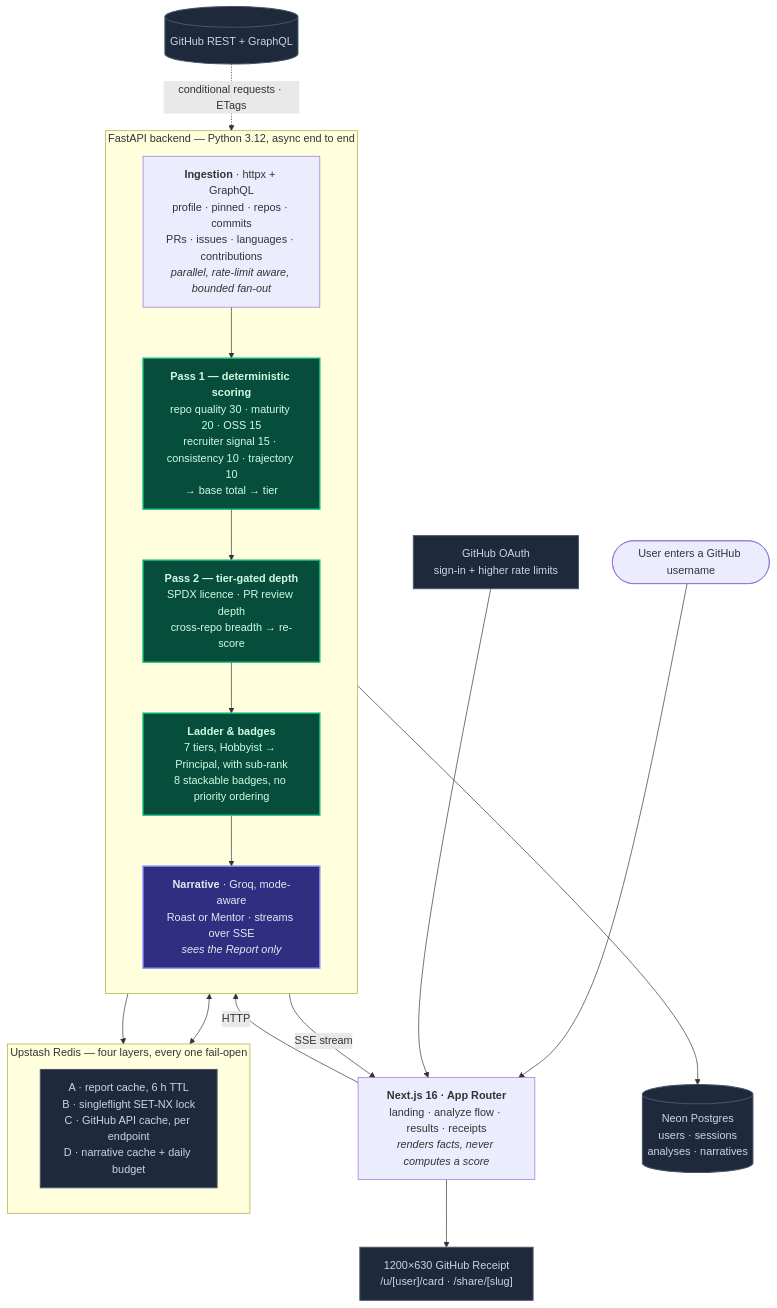
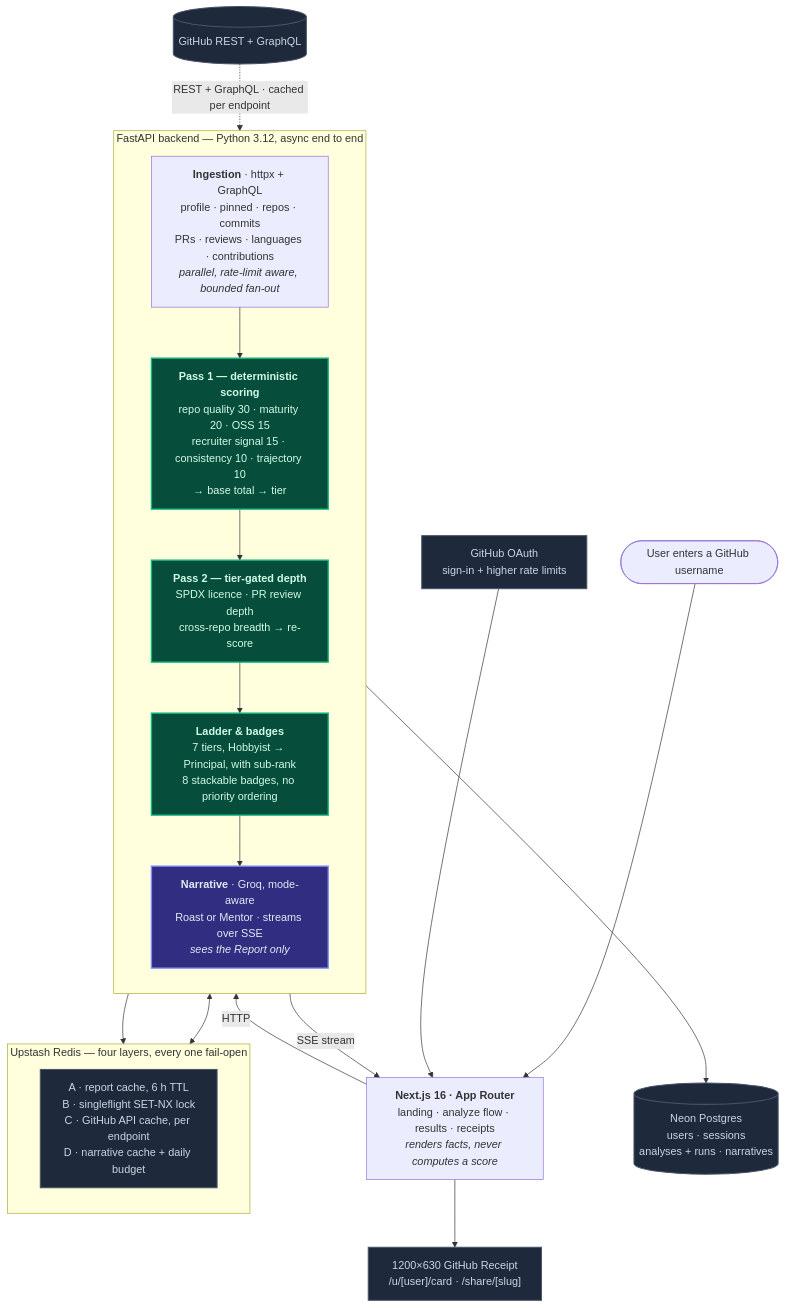
One commit to Shaan-alpha/Skill-Issue changed the diagram in README.md. Above: the diagram before and after it, drawn with Mermaid. The commit also changed other lines of this file and 3 other files, not shown here.

First line of the commit message:
docs: correct README, architecture and tech-stack drift

````diff
--- a/README.md
+++ b/README.md
@@ -66,41 +66,41 @@
 ```mermaid
 flowchart TD
     U(["User enters a GitHub username"])
     FE["<b>Next.js 16 · App Router</b><br/>landing · analyze flow · results · receipts<br/><i>renders facts, never computes a score</i>"]
 
     subgraph BE ["FastAPI backend — Python 3.12, async end to end"]
         direction TB
-        ING["<b>Ingestion</b> · httpx + GraphQL<br/>profile · pinned · repos · commits<br/>PRs · issues · languages · contributions<br/><i>parallel, rate-limit aware, bounded fan-out</i>"]
+        ING["<b>Ingestion</b> · httpx + GraphQL<br/>profile · pinned · repos · commits<br/>PRs · reviews · languages · contributions<br/><i>parallel, rate-limit aware, bounded fan-out</i>"]
         P1["<b>Pass 1 — deterministic scoring</b><br/>repo quality 30 · maturity 20 · OSS 15<br/>recruiter signal 15 · consistency 10 · trajectory 10<br/>→ base total → tier"]
         P2["<b>Pass 2 — tier-gated depth</b><br/>SPDX licence · PR review depth<br/>cross-repo breadth → re-score"]
         LADDER["<b>Ladder &amp; badges</b><br/>7 tiers, Hobbyist → Principal, with sub-rank<br/>8 stackable badges, no priority ordering"]
         NARR["<b>Narrative</b> · Groq, mode-aware<br/>Roast or Mentor · streams over SSE<br/><i>sees the Report only</i>"]
         ING --> P1 --> P2 --> LADDER --> NARR
     end
 
     subgraph CACHE ["Upstash Redis — four layers, every one fail-open"]
         direction TB
         L["A · report cache, 6 h TTL<br/>B · singleflight SET-NX lock<br/>C · GitHub API cache, per endpoint<br/>D · narrative cache + daily budget"]
     end
 
     GH[("GitHub REST + GraphQL")]
-    PG[("Neon Postgres<br/>users · sessions<br/>analyses · narratives")]
+    PG[("Neon Postgres<br/>users · sessions<br/>analyses + runs · narratives")]
     OAUTH["GitHub OAuth<br/>sign-in + higher rate limits"]
     OG["1200×630 GitHub Receipt<br/>/u/[user]/card · /share/[slug]"]
 
     U --> FE -->|"HTTP"| ING
-    GH -.->|"conditional requests · ETags"| ING
+    GH -.->|"REST + GraphQL · cached per endpoint"| ING
     ING <--> CACHE
     P1 --> CACHE
     NARR -->|"SSE stream"| FE
     LADDER --> PG
     OAUTH --> FE
     FE --> OG
 
     classDef det fill:#064e3b,stroke:#10b981,stroke-width:2px,color:#d1fae5
     classDef ai fill:#312e81,stroke:#818cf8,stroke-width:2px,color:#e2e8f0
     classDef store fill:#1e293b,stroke:#475569,stroke-width:1.5px,color:#cbd5e1
     class P1,P2,LADDER det
     class NARR ai
     class GH,PG,L,OAUTH,OG store
 ```
````
